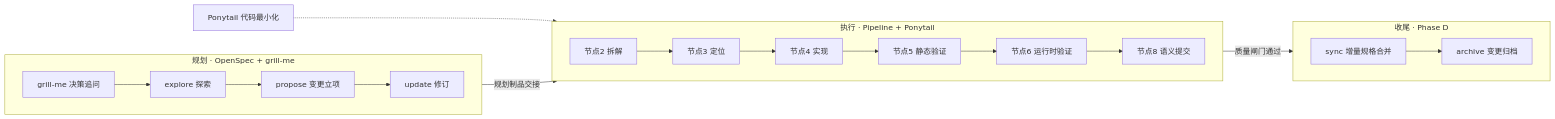
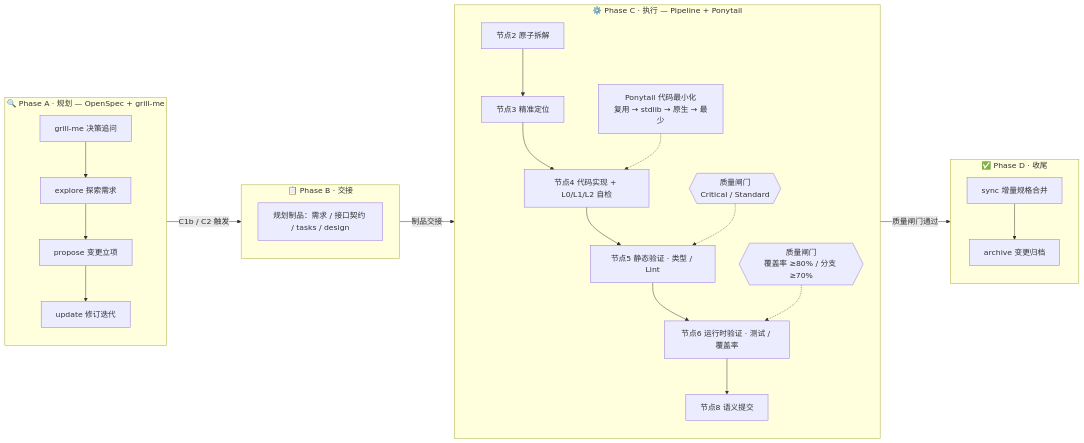
Before and after one commit to zhenkun26/auto-coding: the diagram in README.md, drawn with Mermaid. The commit also changed 1 other file, not shown here.

Commit message:
docs: 优化 README 架构流程图（中英文）

````diff
--- a/README.md
+++ b/README.md
@@ -44,27 +44,35 @@
 ```mermaid
 flowchart LR
-    subgraph PL["规划 · OpenSpec + grill-me"]
-        direction LR
-        G["grill-me 决策追问"] --> E["explore 探索"]
+    subgraph PhaseA["🔍 Phase A · 规划 — OpenSpec + grill-me"]
+        direction TB
+        G["grill-me 决策追问"] --> E["explore 探索需求"]
         E --> P["propose 变更立项"]
-        P --> U["update 修订"]
+        P --> U["update 修订迭代"]
     end
 
-    subgraph EX["执行 · Pipeline + Ponytail"]
-        direction LR
-        N2["节点2 拆解"] --> N3["节点3 定位"]
-        N3 --> N4["节点4 实现"]
-        N4 --> N5["节点5 静态验证"]
-        N5 --> N6["节点6 运行时验证"]
-        N6 --> N8["节点8 语义提交"]
+    subgraph PhaseB["📋 Phase B · 交接"]
+        direction TB
+        Artifacts["规划制品：需求 / 接口契约 / tasks / design"]
     end
 
-    subgraph PH["收尾 · Phase D"]
-        direction LR
-        S["sync 增量规格合并"] --> A["archive 变更归档"]
+    subgraph PhaseC["⚙️ Phase C · 执行 — Pipeline + Ponytail"]
+        direction TB
+        N2["节点2 原子拆解"] --> N3["节点3 精准定位"]
+        N3 --> N4["节点4 代码实现 + L0/L1/L2 自检"]
+        N4 --> N5["节点5 静态验证 · 类型 / Lint"]
+        N5 --> N6["节点6 运行时验证 · 测试 / 覆盖率"]
+        N6 --> N8["节点8 语义提交"]
+        PT["Ponytail 代码最小化<br/>复用 → stdlib → 原生 → 最少"] -.-> N4
+        Gate5{{"质量闸门<br/>Critical / Standard"}} -.-> N5
+        Gate6{{"质量闸门<br/>覆盖率 ≥80% / 分支 ≥70%"}} -.-> N6
     end
 
-    U -->|"规划制品交接"| N2
-    N8 -->|"质量闸门通过"| S
-    P0["Ponytail 代码最小化"] -.-> N4
+    subgraph PhaseD["✅ Phase D · 收尾"]
+        direction TB
+        Sync["sync 增量规格合并"] --> Archive["archive 变更归档"]
+    end
+
+    U -->|"C1b / C2 触发"| Artifacts
+    Artifacts -->|"制品交接"| N2
+    N8 -->|"质量闸门通过"| Sync
 ```
````
